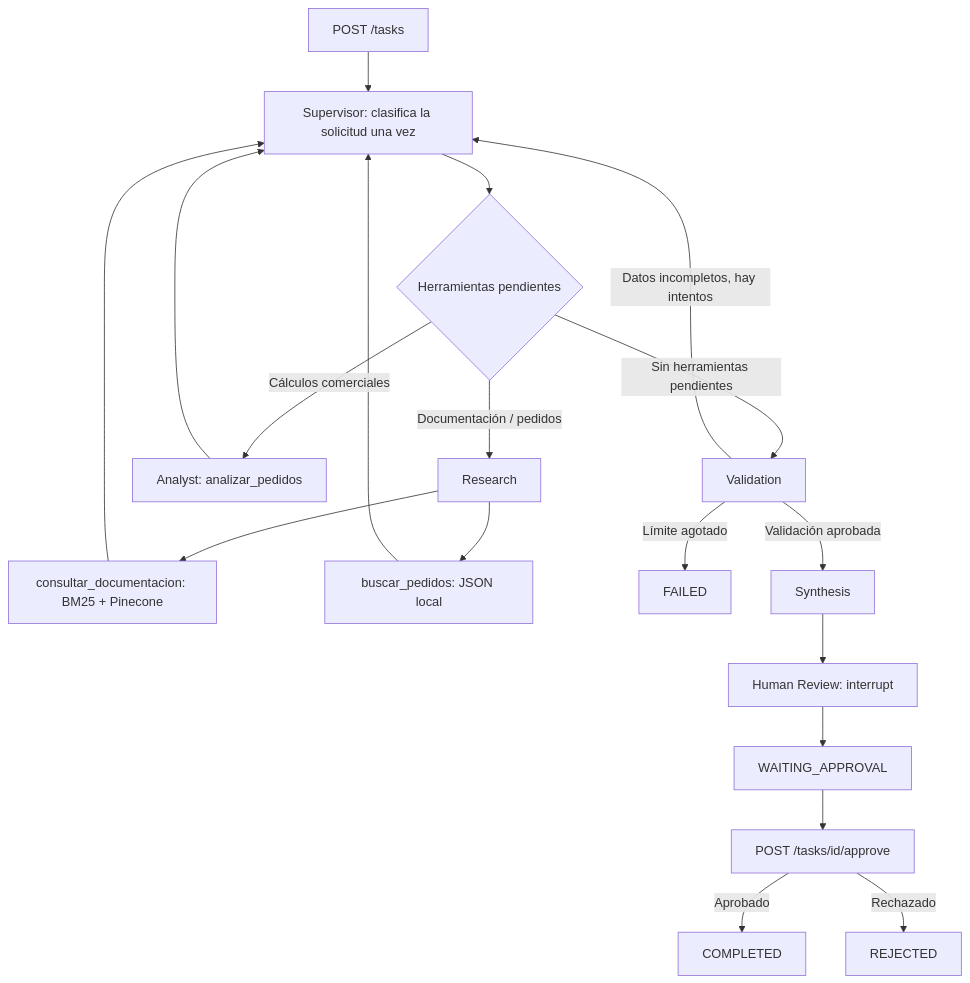
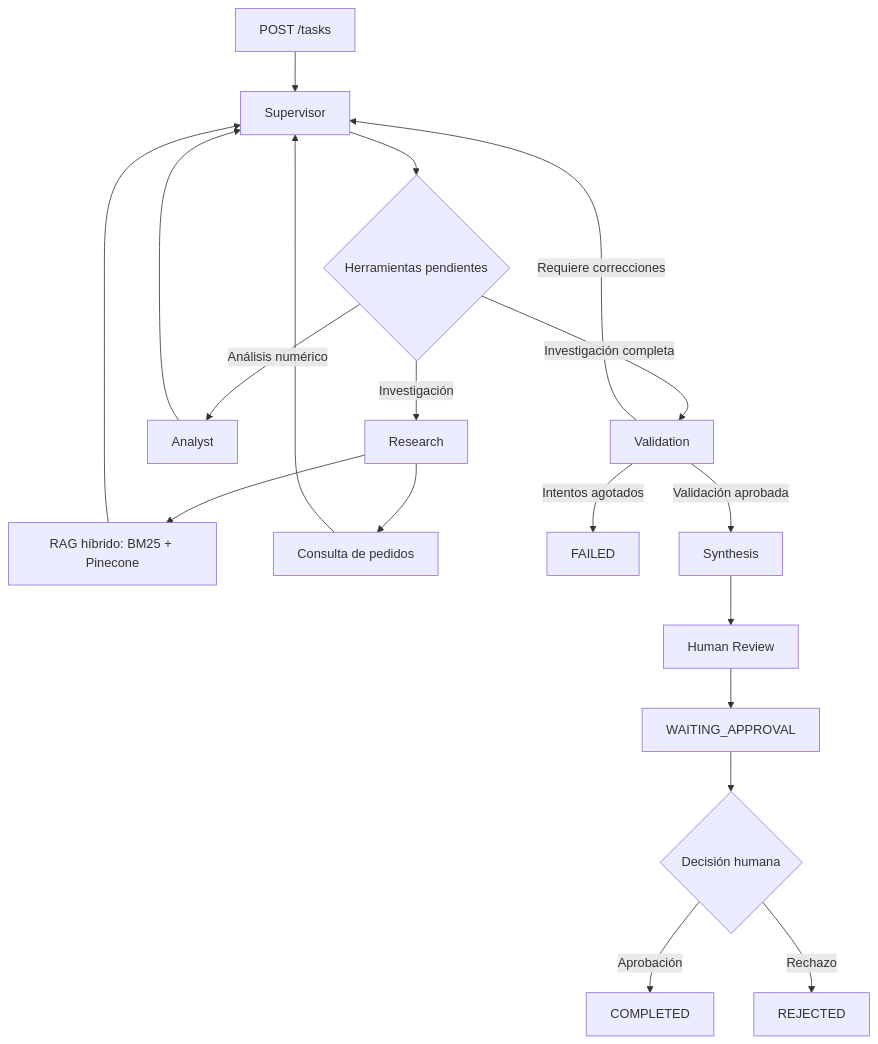
Before and after one commit to AlvaroSanchez10/entrega-8-final: the diagram in README.md, drawn with Mermaid. The commit also changed other lines of this file, not shown here.

Commit message:
Actualizar documentacion final del proyecto

````diff
--- a/README.md
+++ b/README.md
@@ -9,21 +40,27 @@
 ```mermaid
 flowchart TD
-    A[POST /tasks] --> B[Supervisor: clasifica la solicitud una vez]
+    A[POST /tasks] --> B[Supervisor]
     B --> C{Herramientas pendientes}
-    C -->|Documentación / pedidos| D[Research]
-    D --> E[consultar_documentacion: BM25 + Pinecone]
-    D --> F[buscar_pedidos: JSON local]
+
+    C -->|Investigación| D[Research]
+    D --> E[RAG híbrido: BM25 + Pinecone]
+    D --> F[Consulta de pedidos]
     E --> B
     F --> B
-    C -->|Cálculos comerciales| G[Analyst: analizar_pedidos]
+
+    C -->|Análisis numérico| G[Analyst]
     G --> B
-    C -->|Sin herramientas pendientes| H[Validation]
-    H -->|Datos incompletos, hay intentos| B
-    H -->|Límite agotado| X[FAILED]
+
+    C -->|Investigación completa| H[Validation]
+
+    H -->|Requiere correcciones| B
+    H -->|Intentos agotados| X[FAILED]
     H -->|Validación aprobada| I[Synthesis]
-    I --> J[Human Review: interrupt]
+
+    I --> J[Human Review]
     J --> K[WAITING_APPROVAL]
-    K --> L[POST /tasks/id/approve]
-    L -->|Aprobado| M[COMPLETED]
-    L -->|Rechazado| N[REJECTED]
+
+    K --> L{Decisión humana}
+    L -->|Aprobación| M[COMPLETED]
+    L -->|Rechazo| N[REJECTED]
 ```
````
